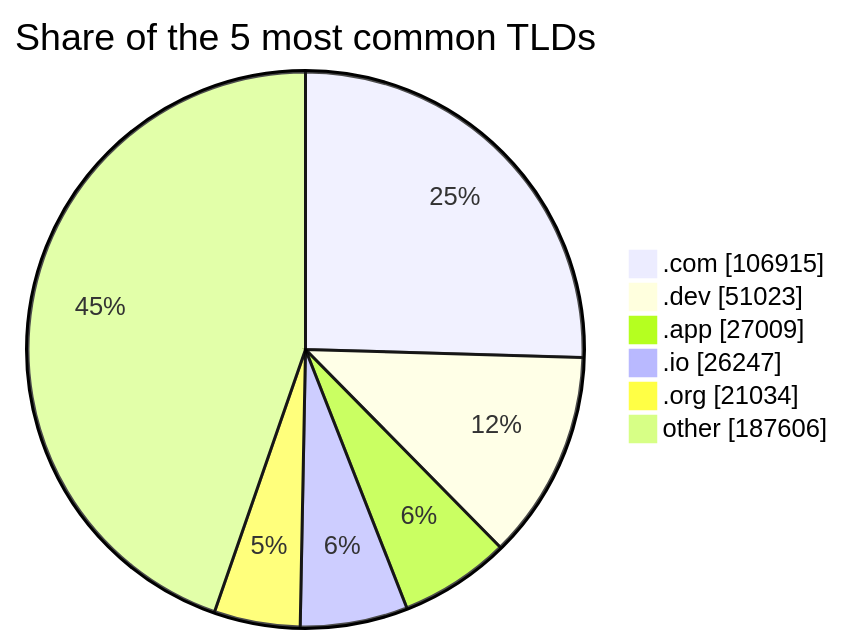
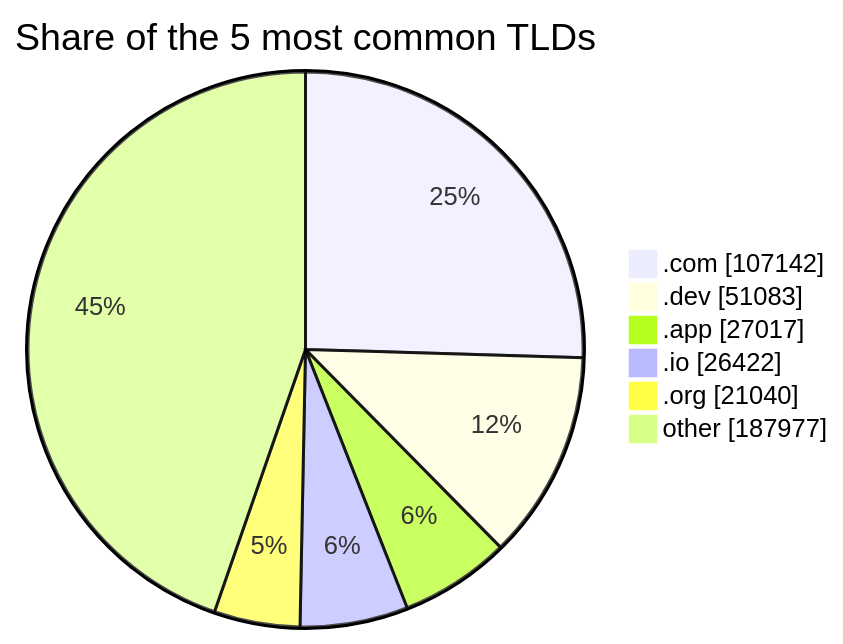
The third of 3 diagrams in README.md (DNSBunker/CTI), drawn with Mermaid before and after one commit. The commit also changed other lines of this file and 3 other files, not shown here.

````diff
--- a/README.md
+++ b/README.md
@@ -81,9 +81,9 @@
 ```mermaid
 pie showData title Share of the 5 most common TLDs
-    ".com" : 106915
-    ".dev" : 51023
-    ".app" : 27009
-    ".io" : 26247
-    ".org" : 21034
-    "other" : 187606
+    ".com" : 107142
+    ".dev" : 51083
+    ".app" : 27017
+    ".io" : 26422
+    ".org" : 21040
+    "other" : 187977
 ```
````
